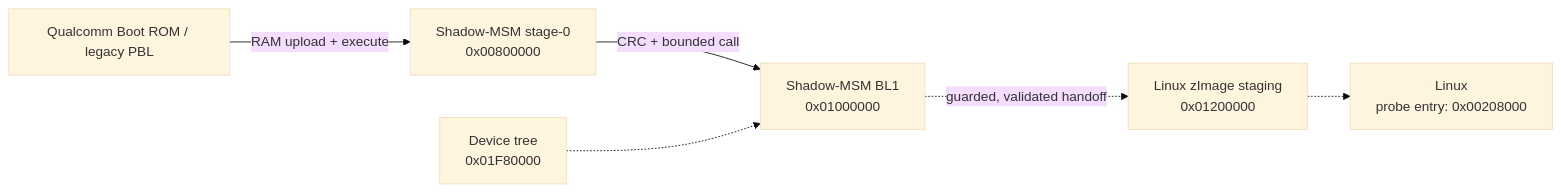
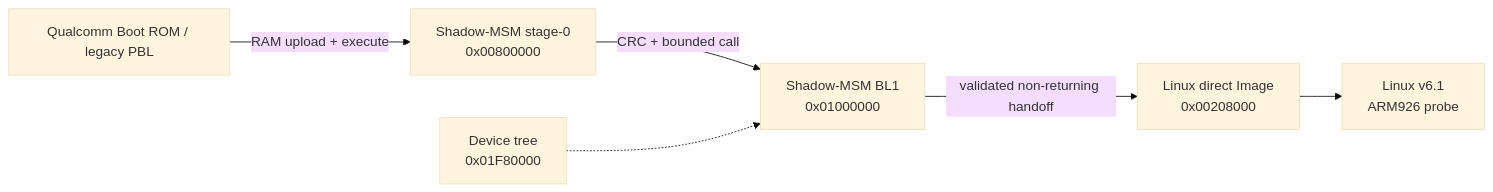
Before and after one commit to Flashbang-Time/Shadow-MSM: the diagram in README.md, drawn with Mermaid (base theme). The commit also changed other lines of this file and 1 other file, not shown here.

Commit message:
docs: update Linux bring-up and firmware guidance

````diff
--- a/README.md
+++ b/README.md
@@ -80,15 +85,15 @@
 ```mermaid
 flowchart LR
     PBL["Qualcomm Boot ROM / legacy PBL"]
     S0["Shadow-MSM stage-0<br/>0x00800000"]
     BL1["Shadow-MSM BL1<br/>0x01000000"]
-    ZI["Linux zImage staging<br/>0x01200000"]
+    IMAGE["Linux direct Image<br/>0x00208000"]
     DTB["Device tree<br/>0x01F80000"]
-    LINUX["Linux<br/>probe entry: 0x00208000"]
+    LINUX["Linux v6.1<br/>ARM926 probe"]
 
     PBL -->|"RAM upload + execute"| S0
     S0 -->|"CRC + bounded call"| BL1
-    BL1 -.->|"guarded, validated handoff"| ZI
+    BL1 -->|"validated non-returning handoff"| IMAGE
     DTB -.-> BL1
-    ZI -.-> LINUX
+    IMAGE --> LINUX
 ```
````
